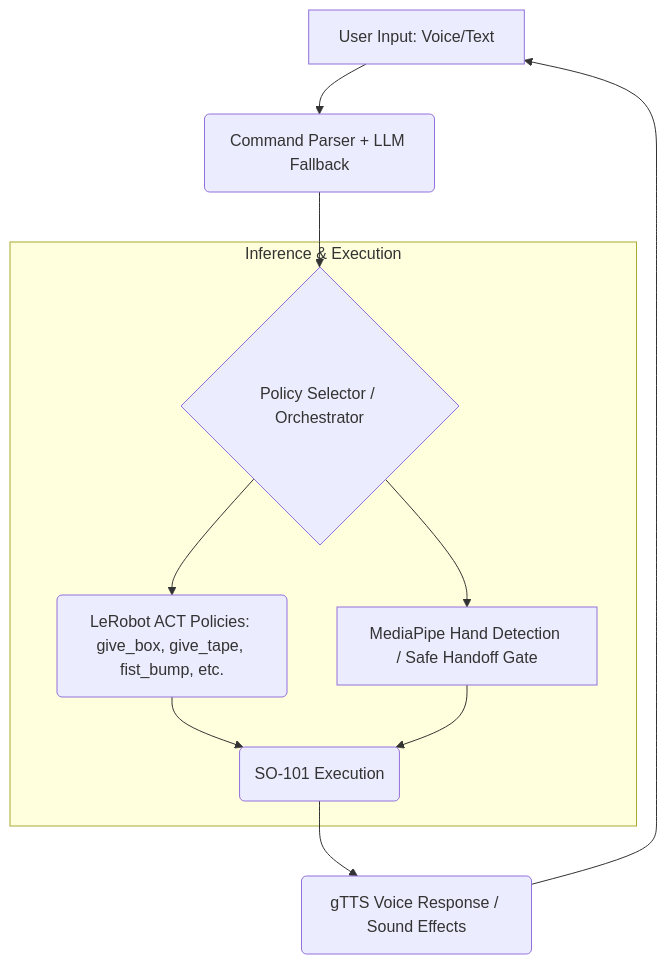
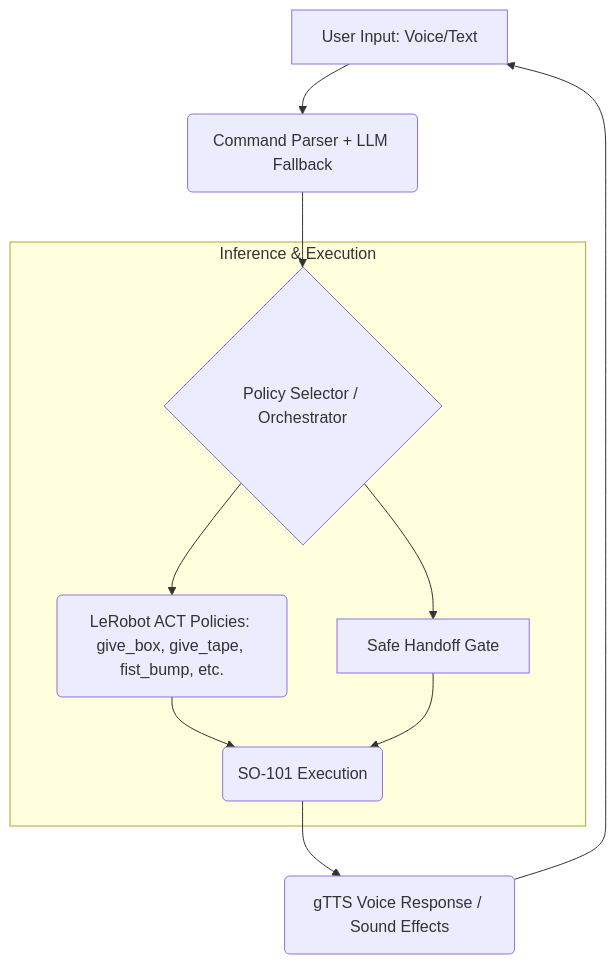
Before and after one commit to Serialii/AMD_Robotics_Hackathon_2025_Jarvis: the diagram in README.md, drawn with Mermaid. The commit also changed other lines of this file, not shown here.

````diff
--- a/README.md
+++ b/README.md
@@ -62,14 +62,14 @@
 ```mermaid
 graph TD
     A[User Input: Voice/Text] --> B(Command Parser + LLM Fallback);
     B --> C{Policy Selector / Orchestrator};
     subgraph Inference & Execution
         C --> D(LeRobot ACT Policies: give_box, give_tape, fist_bump, etc.);
-        C --> E[MediaPipe Hand Detection / Safe Handoff Gate];
+        C --> E[Safe Handoff Gate];
         D --> F(SO-101 Execution);
         E --> F;
     end
     F --> G(gTTS Voice Response / Sound Effects);
     G --> A;
 
 ```
````
